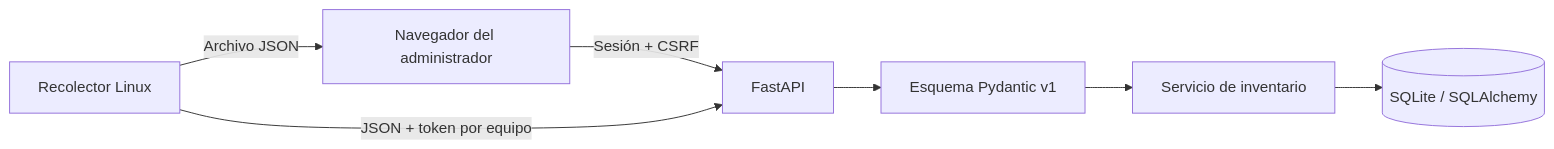
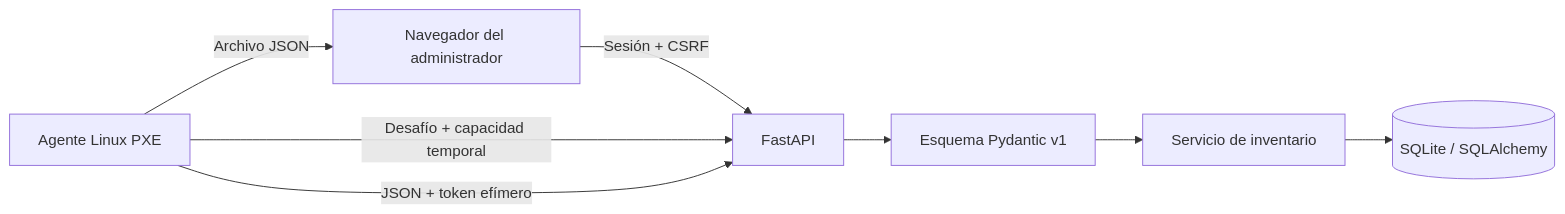
Before and after one commit to cavazquez/pyfog: the diagram in docs/architecture.md, drawn with Mermaid. The commit also changed other lines of this file and 23 other files, not shown here.

Commit message:
feat: add PXE discovery pairing flow

````diff
--- a/docs/architecture.md
+++ b/docs/architecture.md
@@ -14,9 +15,10 @@
 ```mermaid
 flowchart LR
     Web[Navegador del administrador] -->|Sesión + CSRF| API[FastAPI]
-    Linux[Recolector Linux] -->|JSON + token por equipo| API
+    Linux[Agente Linux PXE] -->|Desafío + capacidad temporal| API
+    Linux -->|JSON + token efímero| API
     Linux -->|Archivo JSON| Web
     API --> Validación[Esquema Pydantic v1]
     Validación --> Servicio[Servicio de inventario]
     Servicio --> DB[(SQLite / SQLAlchemy)]
 ```
````
